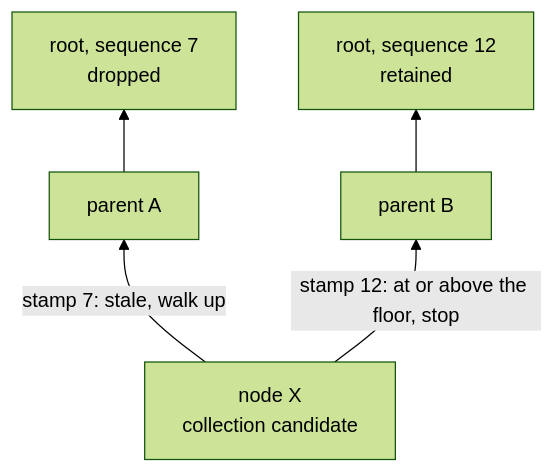
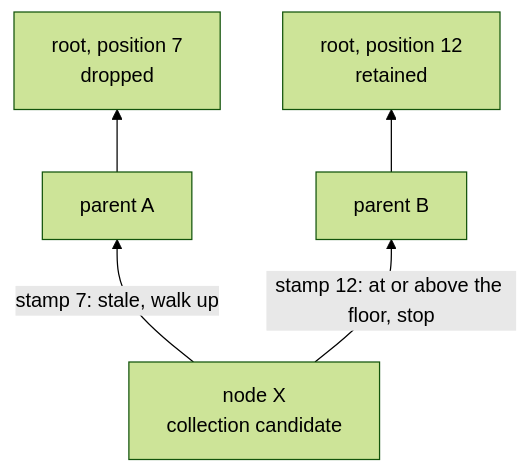
Before and after one commit to tezos/riscv-pvm: the diagram in docs/new-durable-storage/garbage-collection.mdx, drawn with Mermaid (forest theme). The commit also changed other lines of this file and 6 other files, not shown here.

````diff
--- a/docs/new-durable-storage/garbage-collection.mdx
+++ b/docs/new-durable-storage/garbage-collection.mdx
@@ -254,13 +153,13 @@
 ```mermaid
 flowchart BT
     X["node X<br/>collection candidate"]
     A["parent A"]
     B["parent B"]
-    RA["root, sequence 7<br/>dropped"]
-    RB["root, sequence 12<br/>retained"]
+    RA["root, position 7<br/>dropped"]
+    RB["root, position 12<br/>retained"]
 
     X -->|"stamp 7: stale, walk up"| A
     X -->|"stamp 12: at or above the floor, stop"| B
     A --> RA
     B --> RB
 ```
````
